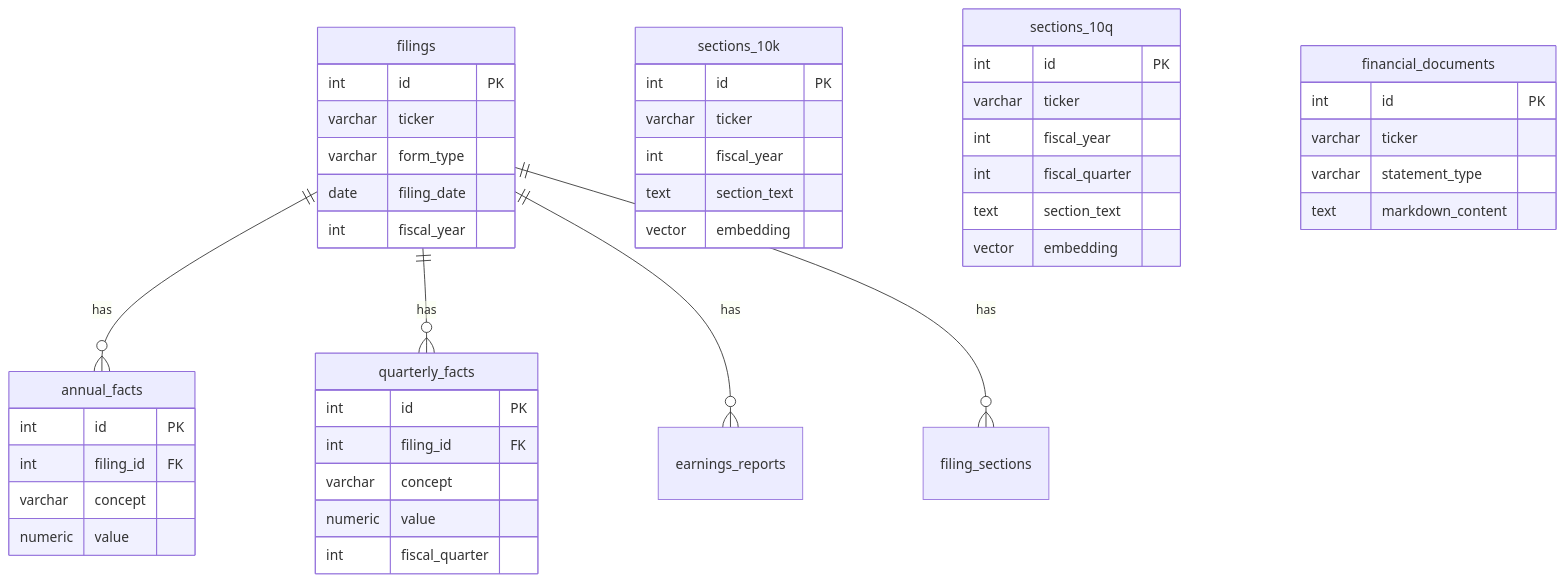
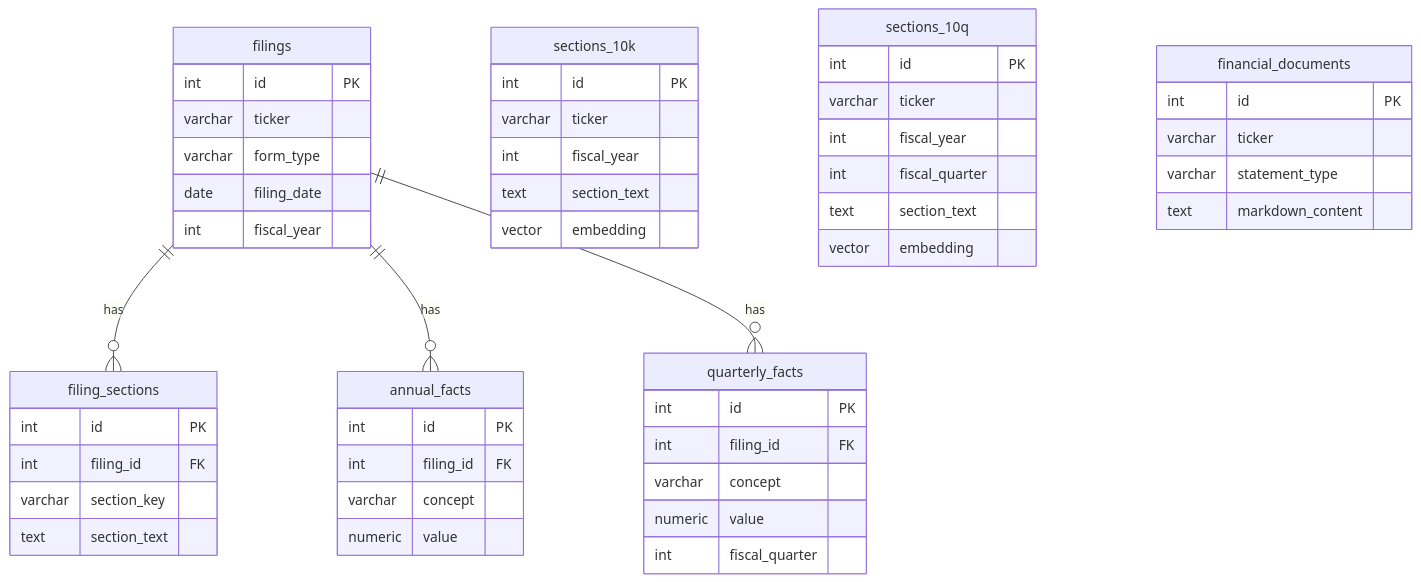
The diagram in docs/database.md (bhattaraisubal-eng/sec-intelligence-system), drawn with Mermaid before and after one commit.

Commit message:
Fix ER diagram: remove earnings_reports, reorder to reduce line overlap

````diff
--- a/docs/database.md
+++ b/docs/database.md
@@ -9,49 +9,54 @@
 ```mermaid
 erDiagram
+    filings ||--o{ filing_sections : "has"
     filings ||--o{ annual_facts : "has"
     filings ||--o{ quarterly_facts : "has"
-    filings ||--o{ earnings_reports : "has"
-    filings ||--o{ filing_sections : "has"
 
+    filing_sections {
+        int id PK
+        int filing_id FK
+        varchar section_key
+        text section_text
+    }
     filings {
         int id PK
         varchar ticker
         varchar form_type
         date filing_date
         int fiscal_year
     }
     annual_facts {
         int id PK
         int filing_id FK
         varchar concept
         numeric value
     }
     quarterly_facts {
         int id PK
         int filing_id FK
         varchar concept
         numeric value
         int fiscal_quarter
     }
     sections_10k {
         int id PK
         varchar ticker
         int fiscal_year
         text section_text
         vector embedding
     }
     sections_10q {
         int id PK
         varchar ticker
         int fiscal_year
         int fiscal_quarter
         text section_text
         vector embedding
     }
     financial_documents {
         int id PK
         varchar ticker
         varchar statement_type
         text markdown_content
     }
 ```
````
